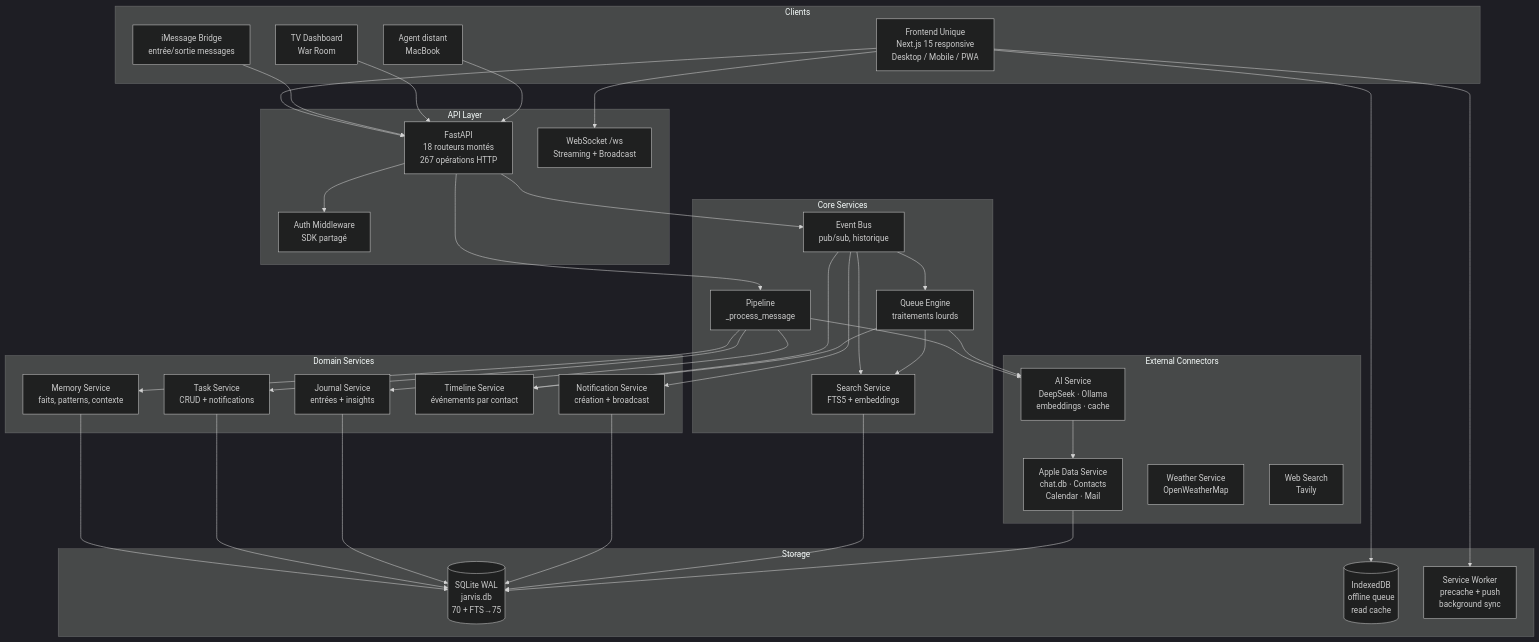
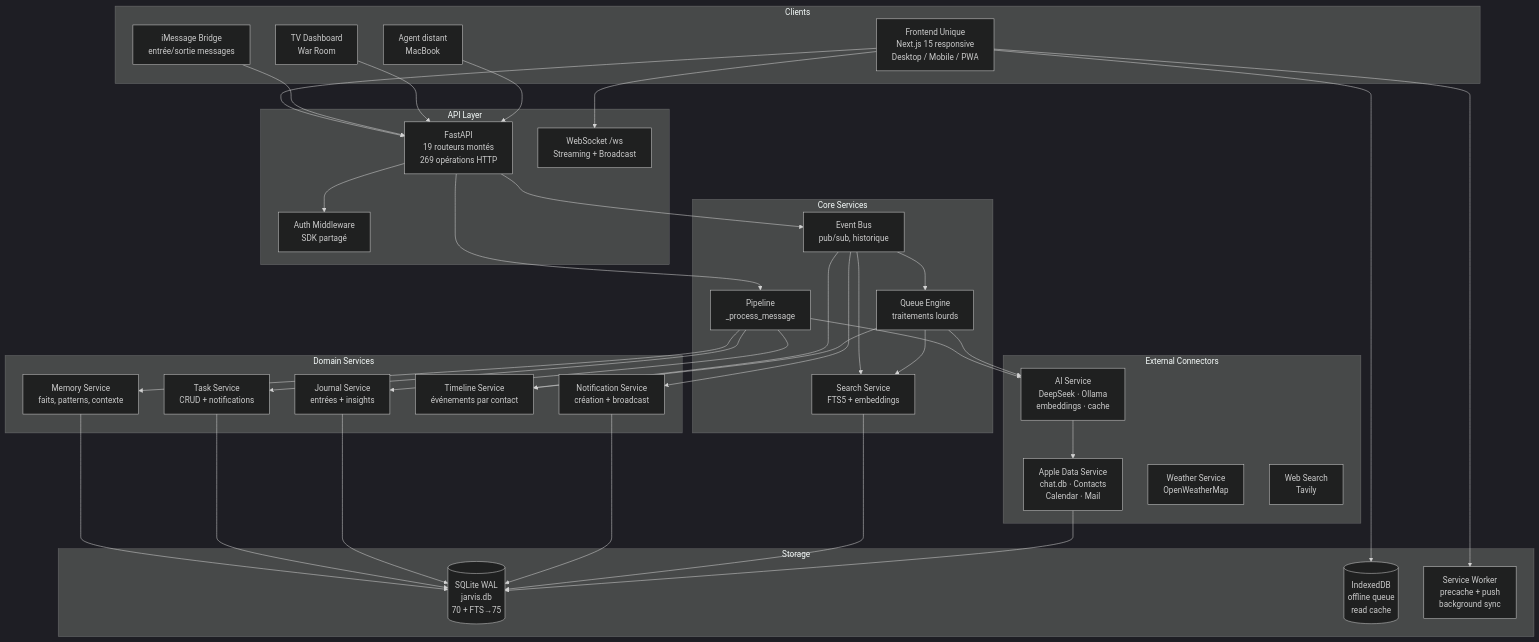
Before and after one commit to AVTAVANTTOUT2/JarvisAPI: the first of 3 diagrams in Architecture/08_ARCHITECTURE_CIBLE.md, drawn with Mermaid (dark theme). The commit also changed 29 other files, not shown here.

````diff
--- a/Architecture/08_ARCHITECTURE_CIBLE.md
+++ b/Architecture/08_ARCHITECTURE_CIBLE.md
@@ -12,79 +12,79 @@
 ```mermaid
 graph TB
     subgraph "Clients"
         FRONT["Frontend Unique<br/>Next.js 15 responsive<br/>Desktop / Mobile / PWA"]
         IMESSAGE_BRIDGE["iMessage Bridge<br/>entrée/sortie messages"]
         TV["TV Dashboard<br/>War Room"]
         AGENT["Agent distant<br/>MacBook"]
     end
 
     subgraph "API Layer"
-        API["FastAPI<br/>18 routeurs montés<br/>267 opérations HTTP"]
+        API["FastAPI<br/>19 routeurs montés<br/>269 opérations HTTP"]
         WS["WebSocket /ws<br/>Streaming + Broadcast"]
         AUTH["Auth Middleware<br/>SDK partagé"]
     end
 
     subgraph "Core Services"
         ORCH["Pipeline<br/>_process_message"]
         EVENT_BUS["Event Bus<br/>pub/sub, historique"]
         QUEUE["Queue Engine<br/>traitements lourds"]
         SEARCH["Search Service<br/>FTS5 + embeddings"]
     end
 
     subgraph "Domain Services"
         MEMORY["Memory Service<br/>faits, patterns, contexte"]
         TASK["Task Service<br/>CRUD + notifications"]
         JOURNAL["Journal Service<br/>entrées + insights"]
         TIMELINE["Timeline Service<br/>événements par contact"]
         NOTIF["Notification Service<br/>création + broadcast"]
     end
 
     subgraph "External Connectors"
         APPLE["Apple Data Service<br/>chat.db ⋅ Contacts<br/>Calendar ⋅ Mail"]
         LLM["AI Service<br/>DeepSeek ⋅ Ollama<br/>embeddings ⋅ cache"]
         WEATHER["Weather Service<br/>OpenWeatherMap"]
         WEB_SEARCH["Web Search<br/>Tavily"]
     end
 
     subgraph "Storage"
         SQLITE[(SQLite WAL<br/>jarvis.db<br/>70 + FTS→75)]
         IDB[(IndexedDB<br/>offline queue<br/>read cache)]
         SW["Service Worker<br/>precache + push<br/>background sync"]
     end
 
     FRONT --> API
     FRONT --> WS
     IMESSAGE_BRIDGE --> API
     TV --> API
     AGENT --> API
 
     API --> AUTH
     API --> ORCH
     API --> EVENT_BUS
 
     ORCH --> MEMORY
     ORCH --> TASK
     ORCH --> JOURNAL
     ORCH --> LLM
 
     EVENT_BUS --> NOTIF
     EVENT_BUS --> QUEUE
     EVENT_BUS --> TIMELINE
     EVENT_BUS --> SEARCH
 
     QUEUE --> LLM
     QUEUE --> SEARCH
     QUEUE --> TIMELINE
 
     MEMORY --> SQLITE
     TASK --> SQLITE
     JOURNAL --> SQLITE
     NOTIF --> SQLITE
     SEARCH --> SQLITE
 
     APPLE --> SQLITE
     LLM --> APPLE
 
     FRONT --> IDB
     FRONT --> SW
 ```
````
